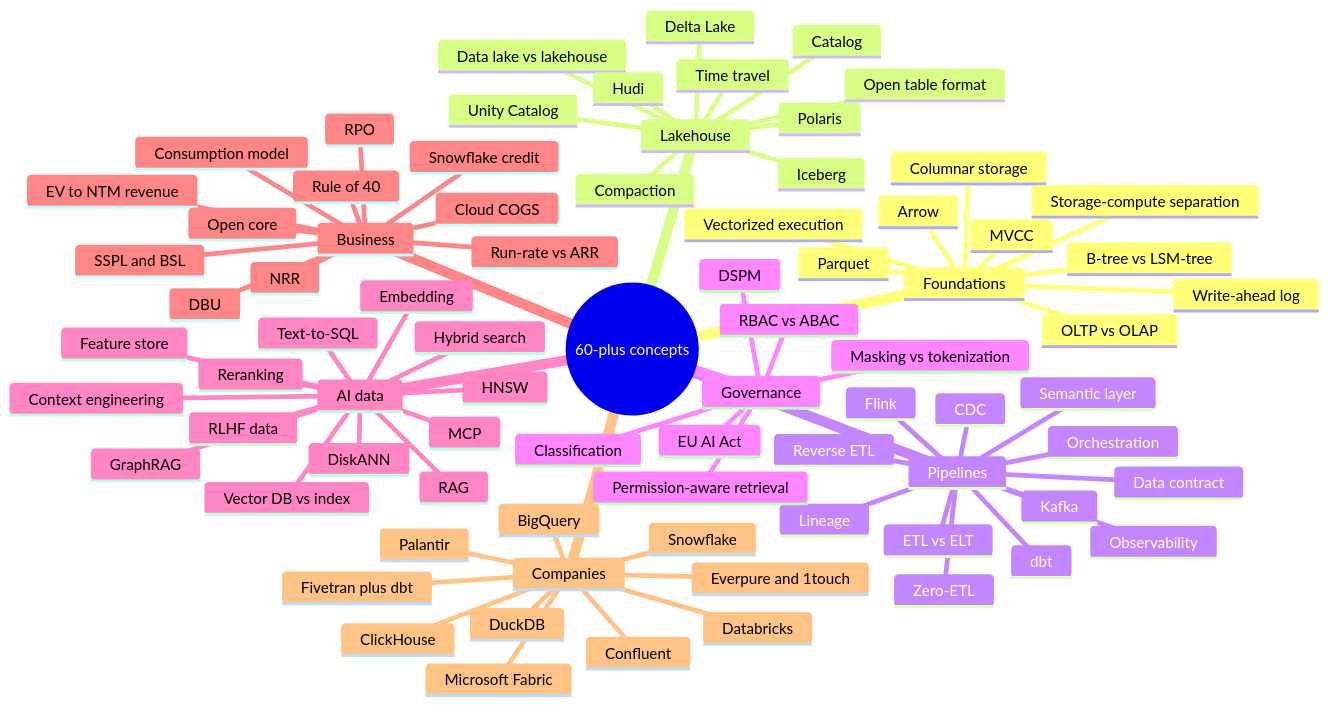
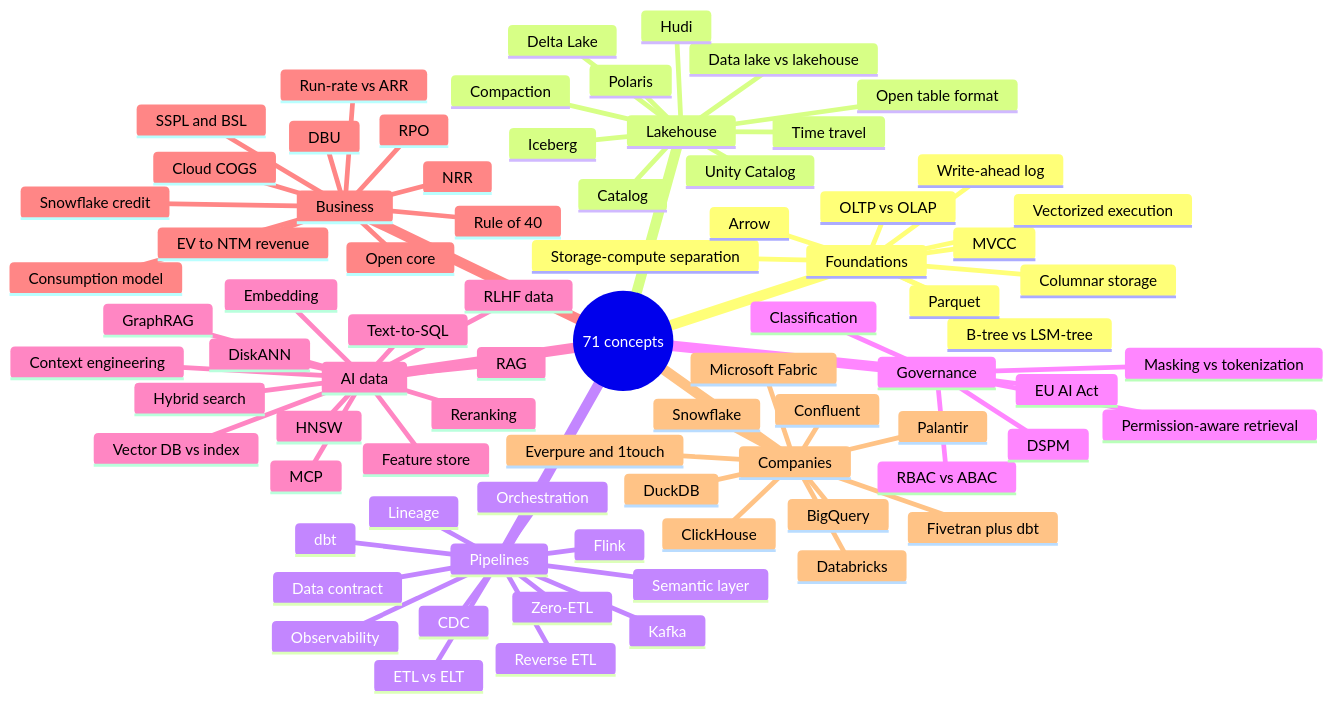
One commit to FrankHuang94/data_tech_db_claude changed the second of 4 diagrams in docs/07-conversation-toolkit/ch49-explain-in-30-seconds.md. Above: the diagram before and after it, drawn with Mermaid. The commit also changed other lines of this file and 15 other files, not shown here.

````diff
--- a/docs/07-conversation-toolkit/ch49-explain-in-30-seconds.md
+++ b/docs/07-conversation-toolkit/ch49-explain-in-30-seconds.md
@@ -41,82 +41,82 @@
 ```mermaid
 mindmap
-  root((60-plus concepts))
+  root((71 concepts))
     Foundations
       OLTP vs OLAP
       B-tree vs LSM-tree
       MVCC
       Columnar storage
       Vectorized execution
       Storage-compute separation
       Parquet
       Arrow
       Write-ahead log
     Lakehouse
       Data lake vs lakehouse
       Open table format
       Iceberg
       Delta Lake
       Hudi
       Catalog
       Unity Catalog
       Polaris
       Time travel
       Compaction
     Pipelines
       ETL vs ELT
       CDC
       Kafka
       Flink
       dbt
       Orchestration
       Reverse ETL
       Zero-ETL
       Data contract
       Observability
       Lineage
       Semantic layer
     Governance
       RBAC vs ABAC
       DSPM
       Classification
       Masking vs tokenization
       EU AI Act
       Permission-aware retrieval
     AI data
       Embedding
       Vector DB vs index
       HNSW
       DiskANN
       RAG
       Reranking
       GraphRAG
       Context engineering
       MCP
       Text-to-SQL
       Feature store
       RLHF data
       Hybrid search
     Business
       DBU
       Snowflake credit
       Consumption model
       NRR
       RPO
       Cloud COGS
       Rule of 40
       EV to NTM revenue
       Run-rate vs ARR
       Open core
       SSPL and BSL
     Companies
       Databricks
       Snowflake
       Microsoft Fabric
       BigQuery
       ClickHouse
       DuckDB
       Confluent
       Fivetran plus dbt
       Palantir
       Everpure and 1touch
 ```
````
